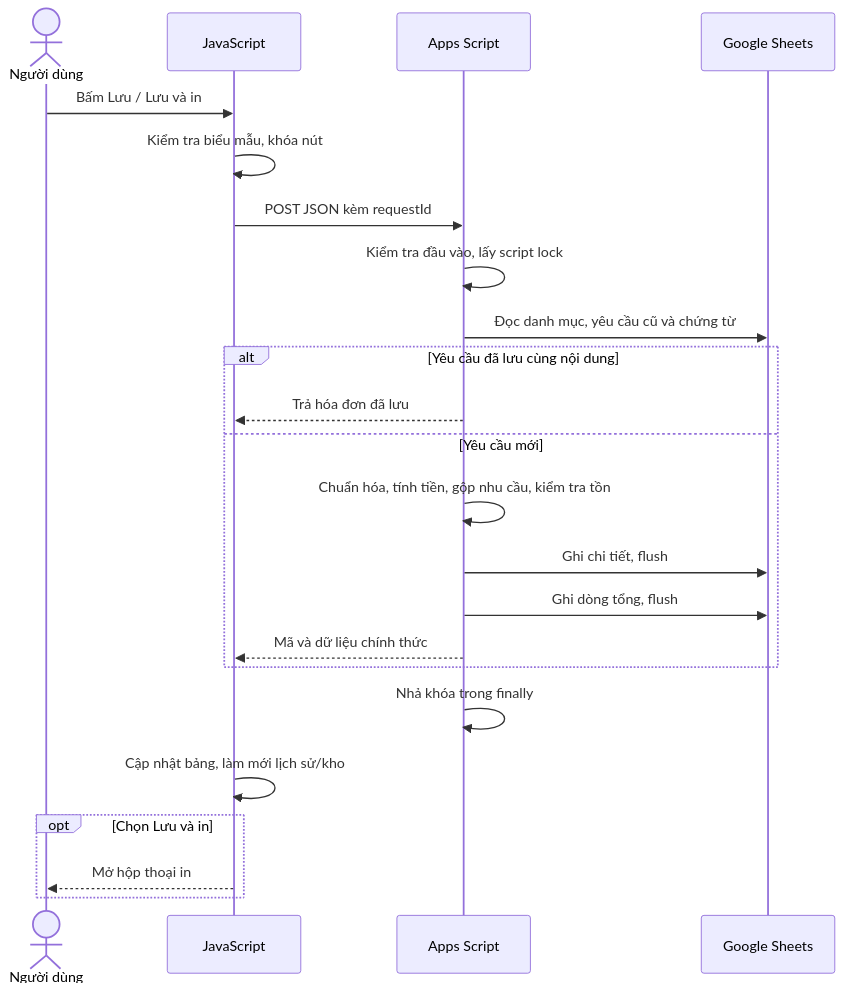
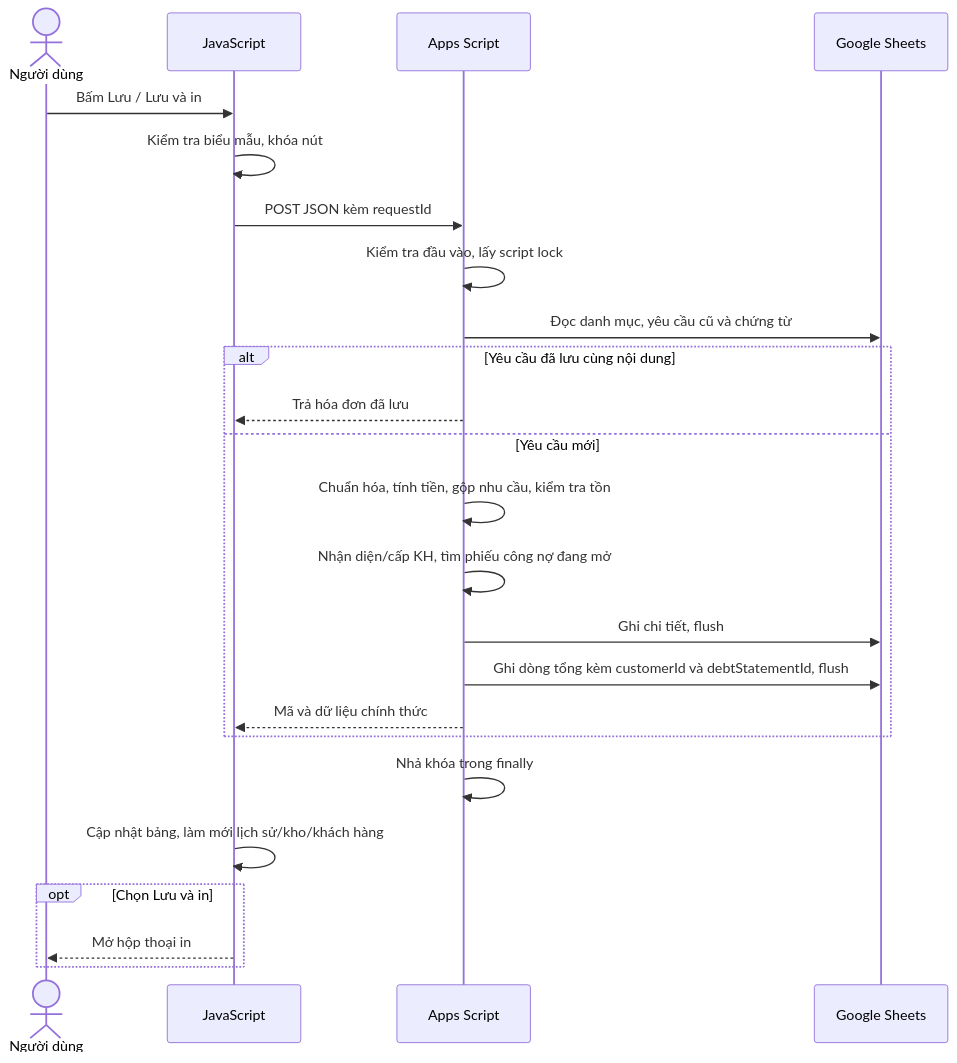
Before and after one commit to DucTrung2507/webvlxd: the second of 2 diagrams in vlxd-minh-hung-optimized/docs/LUONG-WEB-VA-KY-THUAT.md, drawn with Mermaid. The commit also changed other lines of this file and 19 other files, not shown here.

Commit message:
Add customer registry and rolling debt statements with payments

```diff
--- a/vlxd-minh-hung-optimized/docs/LUONG-WEB-VA-KY-THUAT.md
+++ b/vlxd-minh-hung-optimized/docs/LUONG-WEB-VA-KY-THUAT.md
@@ -300,25 +319,26 @@
 ~~~mermaid
 sequenceDiagram
     actor N as Người dùng
     participant W as JavaScript
     participant A as Apps Script
     participant S as Google Sheets
     N->>W: Bấm Lưu / Lưu và in
     W->>W: Kiểm tra biểu mẫu, khóa nút
     W->>A: POST JSON kèm requestId
     A->>A: Kiểm tra đầu vào, lấy script lock
     A->>S: Đọc danh mục, yêu cầu cũ và chứng từ
     alt Yêu cầu đã lưu cùng nội dung
         A-->>W: Trả hóa đơn đã lưu
     else Yêu cầu mới
         A->>A: Chuẩn hóa, tính tiền, gộp nhu cầu, kiểm tra tồn
+        A->>A: Nhận diện/cấp KH, tìm phiếu công nợ đang mở
         A->>S: Ghi chi tiết, flush
-        A->>S: Ghi dòng tổng, flush
+        A->>S: Ghi dòng tổng kèm customerId và debtStatementId, flush
         A-->>W: Mã và dữ liệu chính thức
     end
     A->>A: Nhả khóa trong finally
-    W->>W: Cập nhật bảng, làm mới lịch sử/kho
+    W->>W: Cập nhật bảng, làm mới lịch sử/kho/khách hàng
     opt Chọn Lưu và in
         W-->>N: Mở hộp thoại in
     end
 ~~~
```
